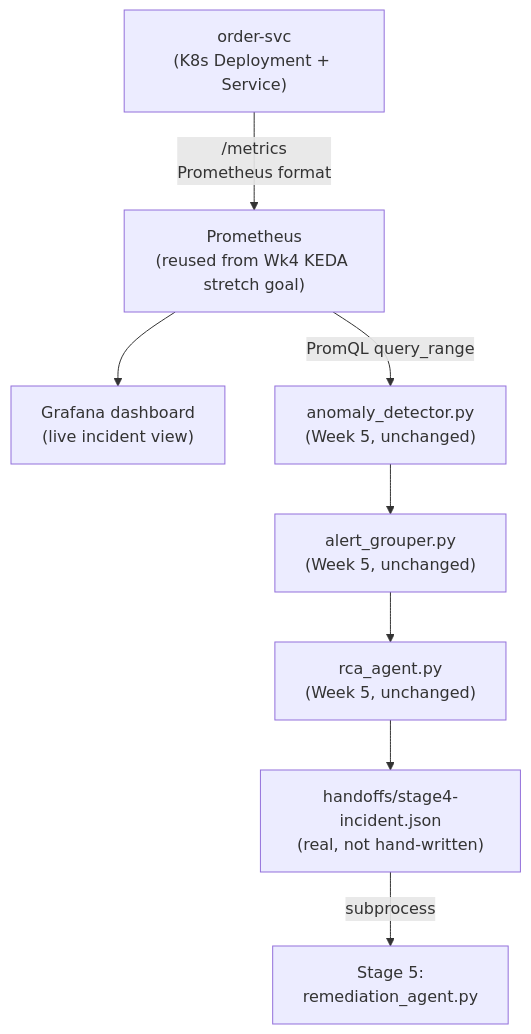
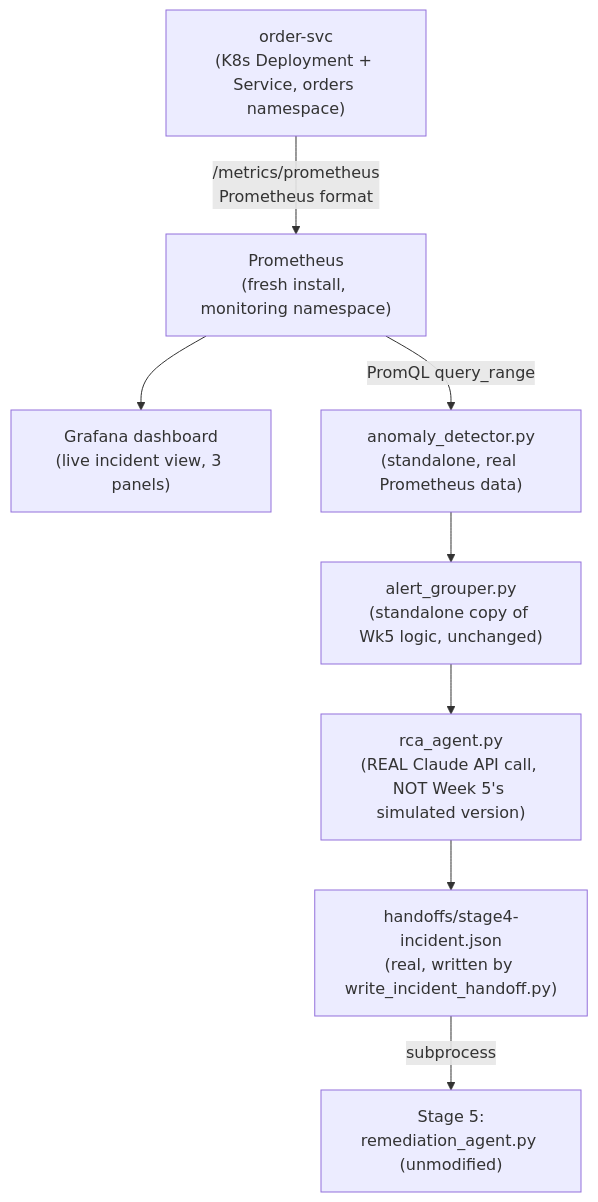
Before and after one commit to kuldeepjain1920/cse636-coursework: the seventh of 7 diagrams in week-07-capstone/docs/architecture.md, drawn with Mermaid. The commit also changed other lines of this file and 1 other file, not shown here.

Commit message:
Update architecture.md and RUNBOOK.md to reflect Stage 4 Phases 1-6 completion

````diff
--- a/week-07-capstone/docs/architecture.md
+++ b/week-07-capstone/docs/architecture.md
@@ -225,10 +233,10 @@
 ```mermaid
 flowchart TD
-    Svc["order-svc<br/>(K8s Deployment + Service)"] -->|"/metrics<br/>Prometheus format"| Prom["Prometheus<br/>(reused from Wk4 KEDA stretch goal)"]
-    Prom --> Grafana["Grafana dashboard<br/>(live incident view)"]
-    Prom -->|"PromQL query_range"| Detector["anomaly_detector.py<br/>(Week 5, unchanged)"]
-    Detector --> Grouper["alert_grouper.py<br/>(Week 5, unchanged)"]
-    Grouper --> RCA["rca_agent.py<br/>(Week 5, unchanged)"]
-    RCA --> Handoff["handoffs/stage4-incident.json<br/>(real, not hand-written)"]
-    Handoff -->|subprocess| Stage5["Stage 5:<br/>remediation_agent.py"]
+    Svc["order-svc<br/>(K8s Deployment + Service, orders namespace)"] -->|"/metrics/prometheus<br/>Prometheus format"| Prom["Prometheus<br/>(fresh install, monitoring namespace)"]
+    Prom --> Grafana["Grafana dashboard<br/>(live incident view, 3 panels)"]
+    Prom -->|"PromQL query_range"| Detector["anomaly_detector.py<br/>(standalone, real Prometheus data)"]
+    Detector --> Grouper["alert_grouper.py<br/>(standalone copy of Wk5 logic, unchanged)"]
+    Grouper --> RCA["rca_agent.py<br/>(REAL Claude API call, NOT Week 5's simulated version)"]
+    RCA --> Handoff["handoffs/stage4-incident.json<br/>(real, written by write_incident_handoff.py)"]
+    Handoff -->|subprocess| Stage5["Stage 5:<br/>remediation_agent.py (unmodified)"]
 ```
````
